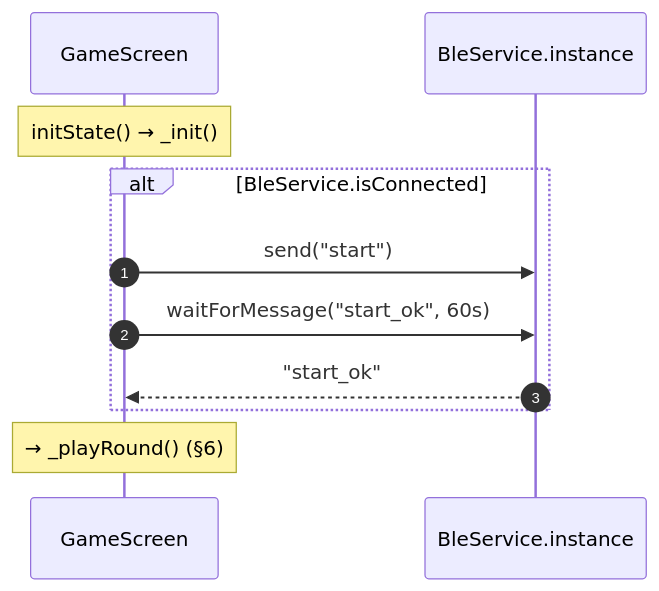
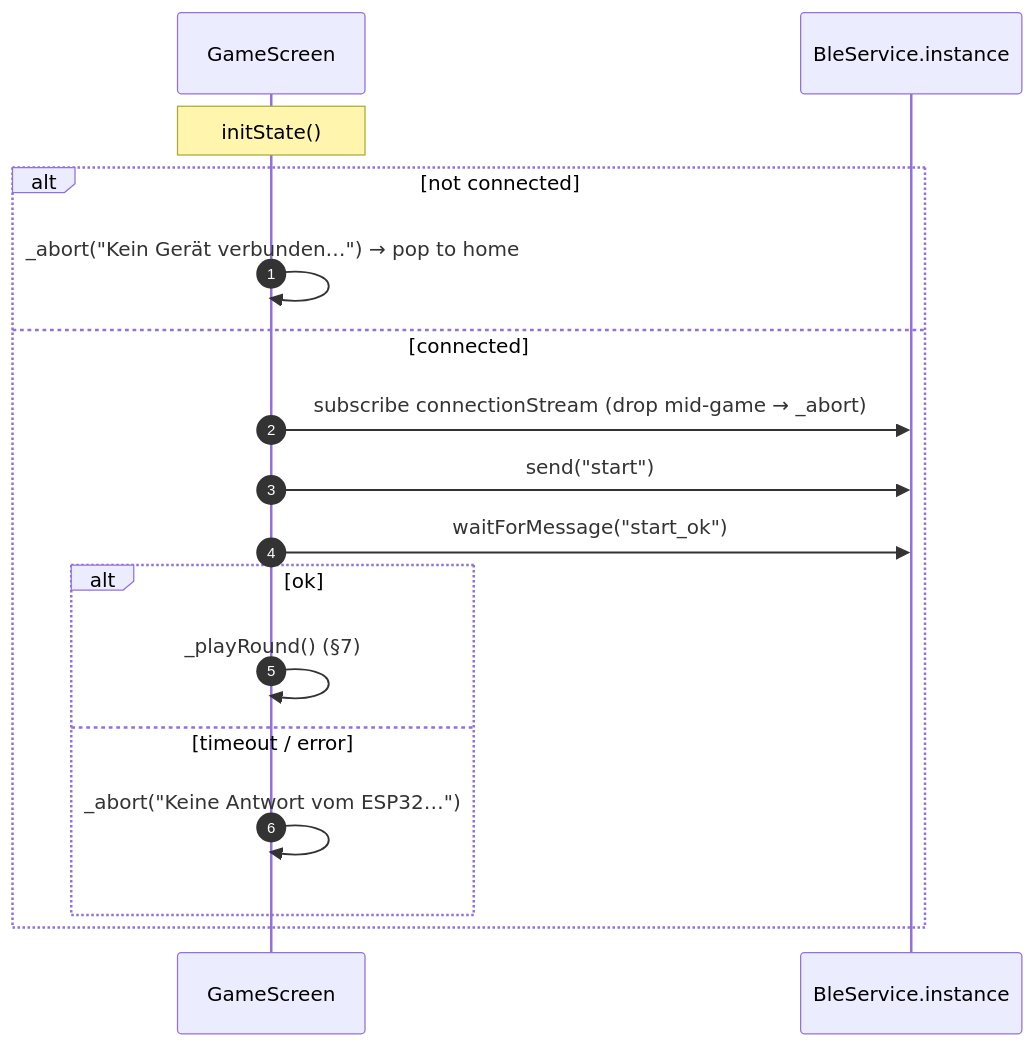
The sixth of 9 diagrams in docs/frontend/sequence-diagrams.md (Hubert005/IoT_Projekt), drawn with Mermaid before and after one commit. The commit also changed other lines of this file and 19 other files, not shown here.

````diff
--- a/docs/frontend/sequence-diagrams.md
+++ b/docs/frontend/sequence-diagrams.md
@@ -89,13 +110,19 @@
 ```mermaid
 sequenceDiagram
     autonumber
     participant Game as GameScreen
     participant Ble as BleService.instance
-    Note over Game: initState() → _init()
-    alt BleService.isConnected
+    Note over Game: initState()
+    alt not connected
+        Game->>Game: _abort("Kein Gerät verbunden…") → pop to home
+    else connected
+        Game->>Ble: subscribe connectionStream (drop mid-game → _abort)
         Game->>Ble: send("start")
-        Game->>Ble: waitForMessage("start_ok", 60s)
-        Ble-->>Game: "start_ok"
+        Game->>Ble: waitForMessage("start_ok")
+        alt ok
+            Game->>Game: _playRound() (§7)
+        else timeout / error
+            Game->>Game: _abort("Keine Antwort vom ESP32…")
+        end
     end
-    Note over Game: → _playRound() (§6)
 ```
````
